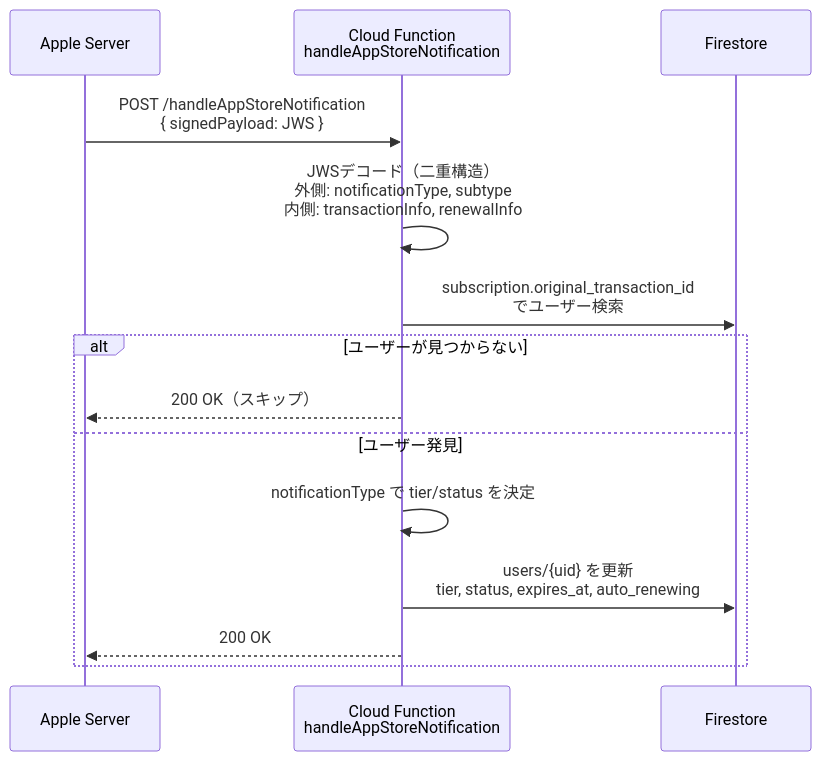
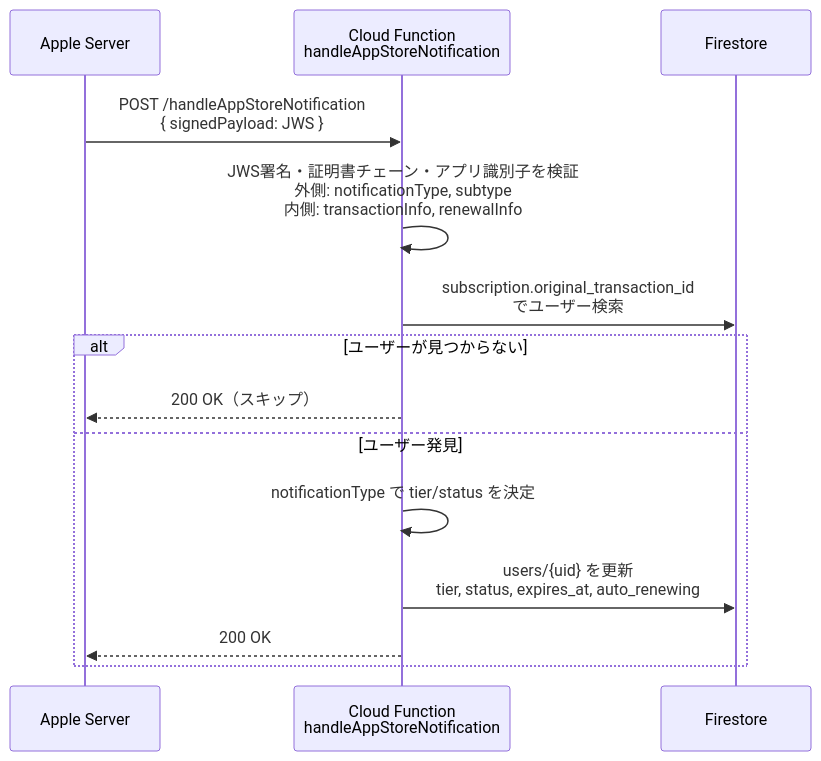
Before and after one commit to mnbst/thai-memo: the diagram in docs/appstore_notification_flow.md, drawn with Mermaid. The commit also changed other lines of this file and 28 other files, not shown here.

````diff
--- a/docs/appstore_notification_flow.md
+++ b/docs/appstore_notification_flow.md
@@ -14,20 +14,20 @@
 ```mermaid
 sequenceDiagram
     participant Apple as Apple Server
     participant CF as Cloud Function<br/>handleAppStoreNotification
     participant FS as Firestore
 
     Apple->>CF: POST /handleAppStoreNotification<br/>{ signedPayload: JWS }
 
-    CF->>CF: JWSデコード（二重構造）<br/>外側: notificationType, subtype<br/>内側: transactionInfo, renewalInfo
+    CF->>CF: JWS署名・証明書チェーン・アプリ識別子を検証<br/>外側: notificationType, subtype<br/>内側: transactionInfo, renewalInfo
 
     CF->>FS: subscription.original_transaction_id<br/>でユーザー検索
 
     alt ユーザーが見つからない
         CF-->>Apple: 200 OK（スキップ）
     else ユーザー発見
         CF->>CF: notificationType で tier/status を決定
         CF->>FS: users/{uid} を更新<br/>tier, status, expires_at, auto_renewing
         CF-->>Apple: 200 OK
     end
 ```
````
